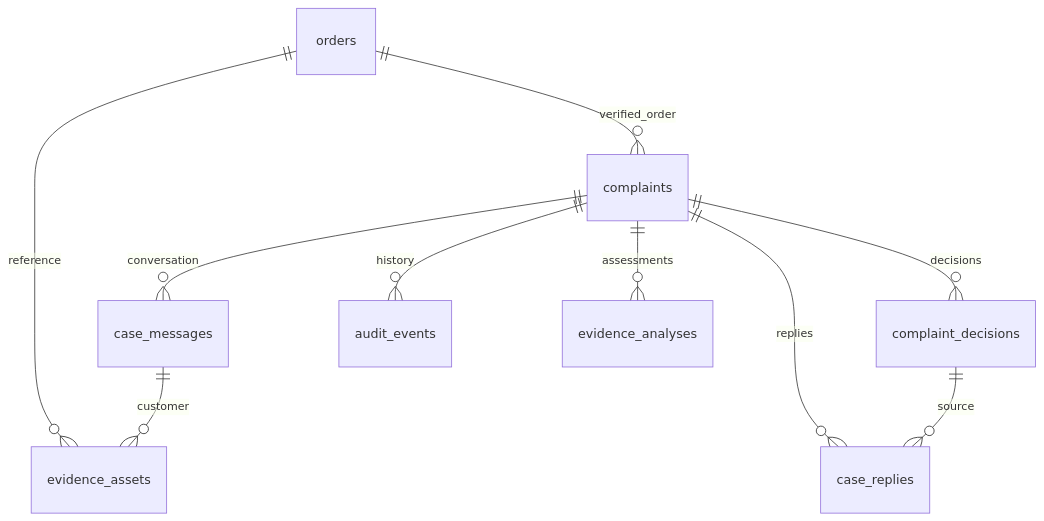
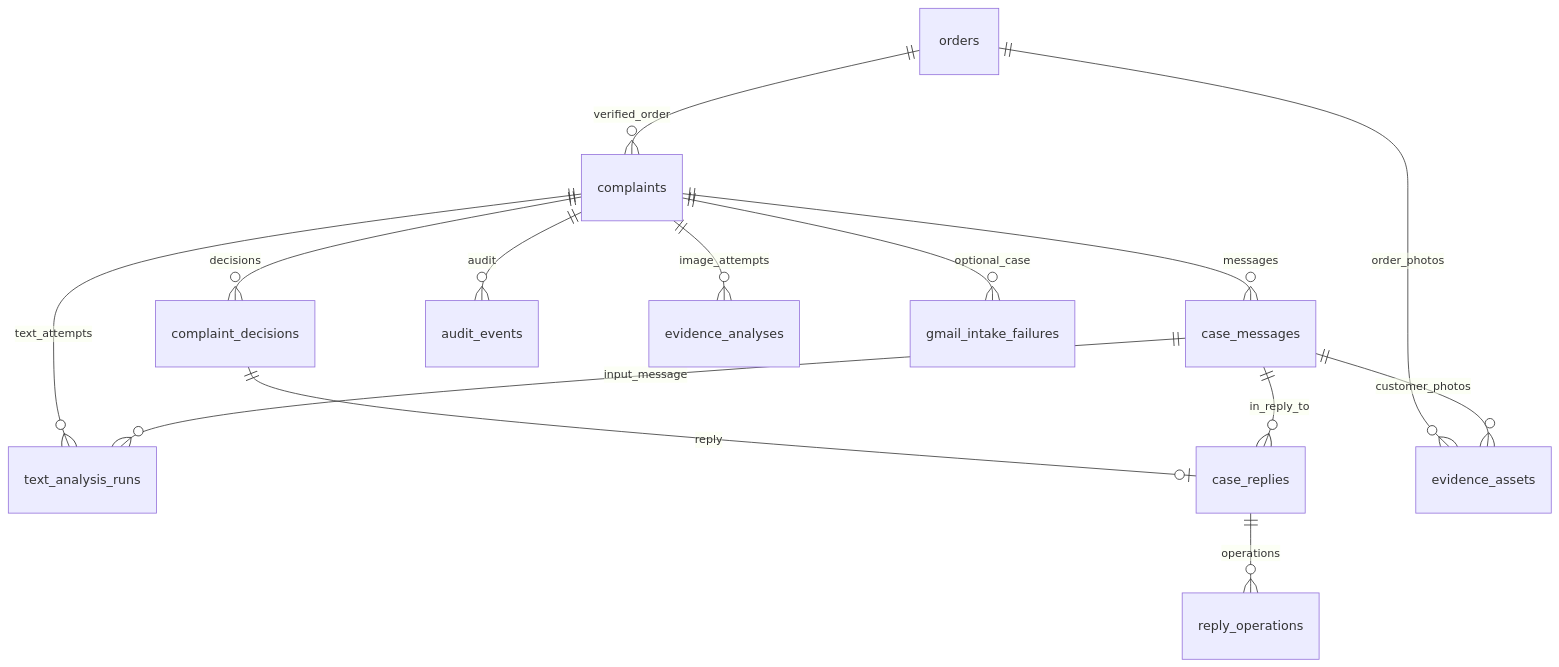
One commit to GDGMIENTRUNG/CLAIMPILOT changed the diagram in docs/DATABASE_DESIGN.md. Above: the diagram before and after it, drawn with Mermaid. The commit also changed other lines of this file and 34 other files, not shown here.

````diff
--- a/docs/DATABASE_DESIGN.md
+++ b/docs/DATABASE_DESIGN.md
@@ -11,12 +35,16 @@
 ```mermaid
 erDiagram
   orders ||--o{ complaints : verified_order
-  complaints ||--o{ case_messages : conversation
+  complaints ||--o{ case_messages : messages
+  complaints ||--o{ text_analysis_runs : text_attempts
+  case_messages ||--o{ text_analysis_runs : input_message
   complaints ||--o{ complaint_decisions : decisions
-  complaints ||--o{ case_replies : replies
-  complaint_decisions ||--o{ case_replies : source
-  complaints ||--o{ audit_events : history
-  orders ||--o{ evidence_assets : reference
-  case_messages ||--o{ evidence_assets : customer
-  complaints ||--o{ evidence_analyses : assessments
+  complaint_decisions ||--o| case_replies : reply
+  case_messages ||--o{ case_replies : in_reply_to
+  case_replies ||--o{ reply_operations : operations
+  complaints ||--o{ audit_events : audit
+  orders ||--o{ evidence_assets : order_photos
+  case_messages ||--o{ evidence_assets : customer_photos
+  complaints ||--o{ evidence_analyses : image_attempts
+  complaints ||--o{ gmail_intake_failures : optional_case
 ```
````
